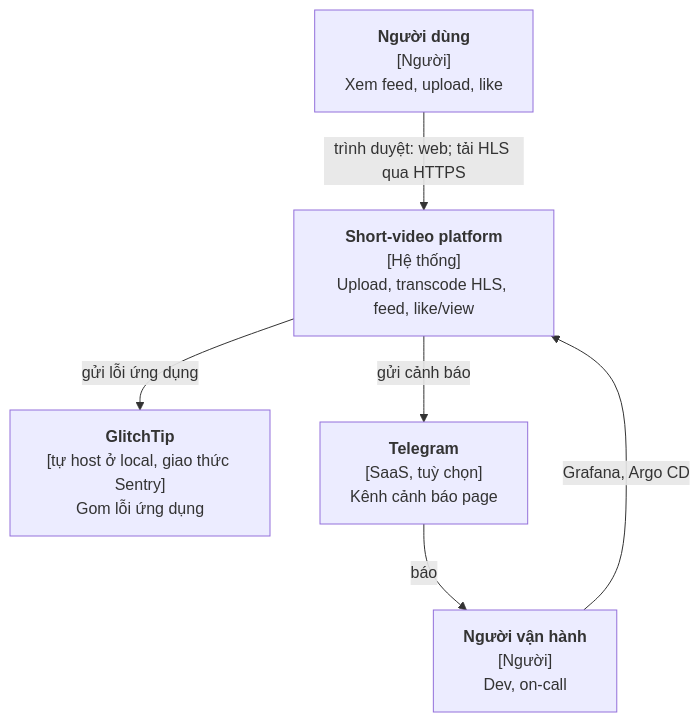
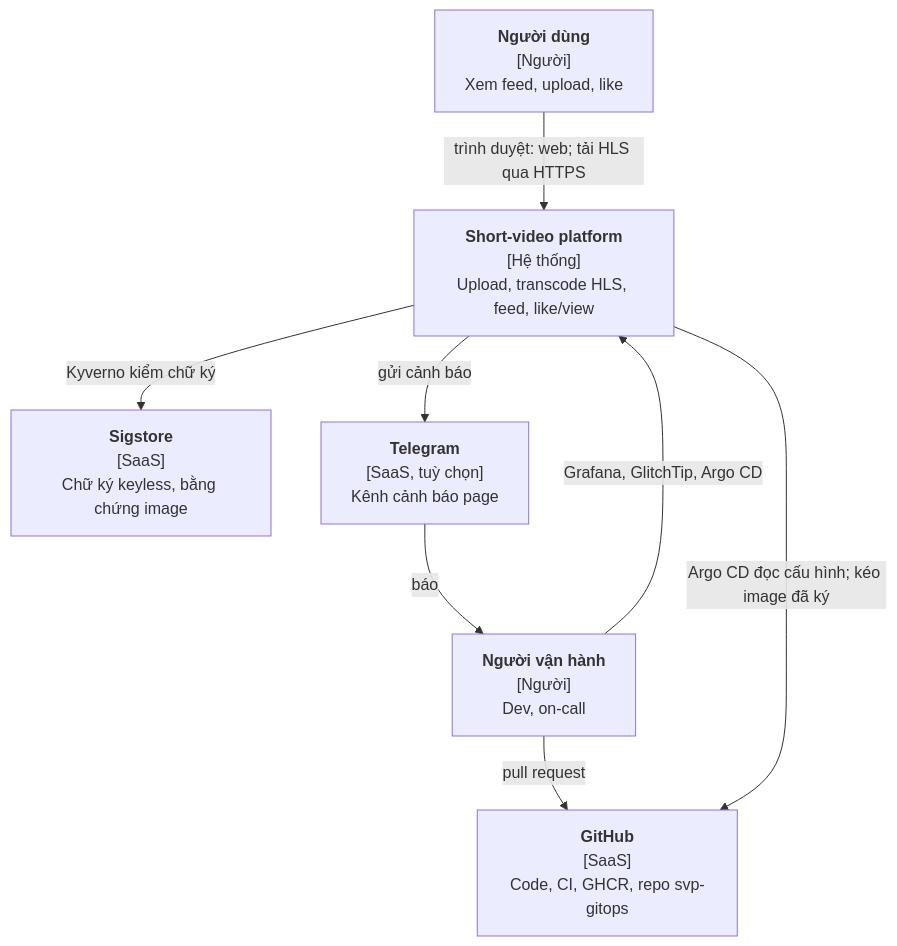
One commit to anhnvcoder/svp-backend changed the first of 4 diagrams in docs/architecture.md. Above: the diagram before and after it, drawn with Mermaid. The commit also changed other lines of this file and 133 other files, not shown here.

````diff
--- a/docs/architecture.md
+++ b/docs/architecture.md
@@ -142,14 +59,17 @@
 ```mermaid
 flowchart TB
     user["<b>Người dùng</b><br/>[Người]<br/>Xem feed, upload, like"]
     ops["<b>Người vận hành</b><br/>[Người]<br/>Dev, on-call"]
     svp["<b>Short-video platform</b><br/>[Hệ thống]<br/>Upload, transcode HLS, feed, like/view"]
-    sentry["<b>GlitchTip</b><br/>[tự host ở local, giao thức Sentry]<br/>Gom lỗi ứng dụng"]
+    gh["<b>GitHub</b><br/>[SaaS]<br/>Code, CI, GHCR, repo svp-gitops"]
+    sigstore["<b>Sigstore</b><br/>[SaaS]<br/>Chữ ký keyless, bằng chứng image"]
     chat["<b>Telegram</b><br/>[SaaS, tuỳ chọn]<br/>Kênh cảnh báo page"]
 
     user -->|"trình duyệt: web; tải HLS qua HTTPS"| svp
-    ops -->|"Grafana, Argo CD"| svp
-    svp -->|"gửi lỗi ứng dụng"| sentry
+    ops -->|"Grafana, GlitchTip, Argo CD"| svp
+    ops -->|"pull request"| gh
+    svp -->|"Argo CD đọc cấu hình; kéo image đã ký"| gh
+    svp -->|"Kyverno kiểm chữ ký"| sigstore
     svp -->|"gửi cảnh báo"| chat
     chat -->|"báo"| ops
 ```
````
